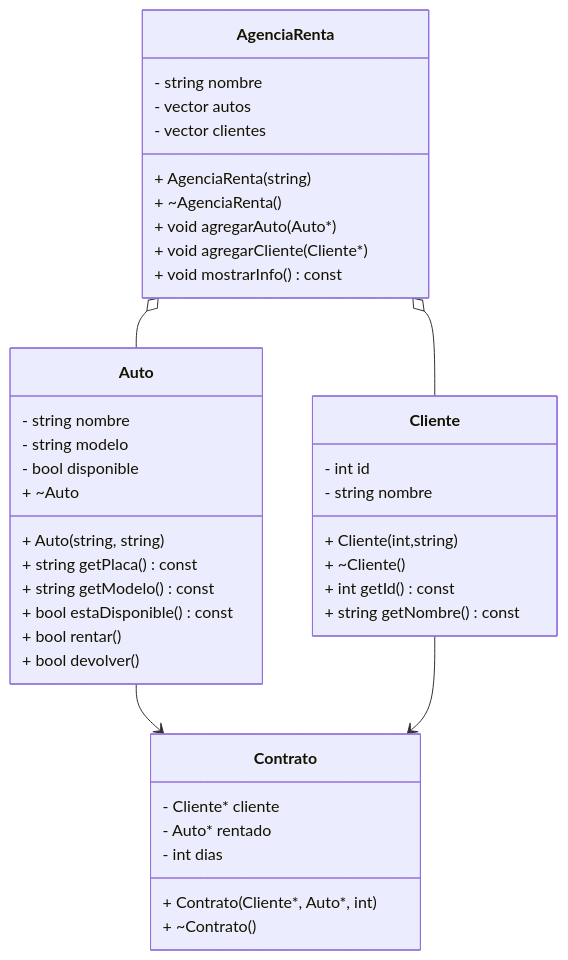
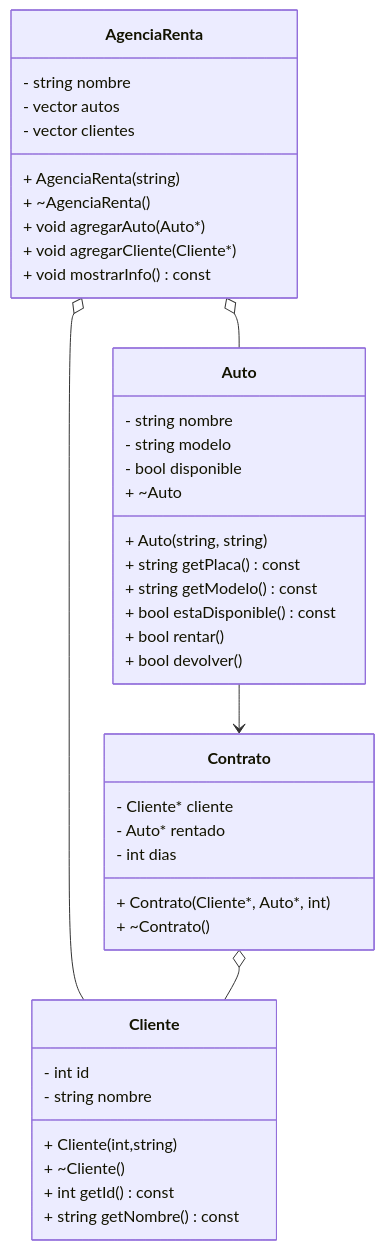
The diagram in classDiagram Program 2.md (AlejandroYuChen/Ejercicios-Asociaciones), drawn with Mermaid before and after one commit.

Commit message:
Update classDiagram Program 2.md

````diff
--- a/classDiagram Program 2.md
+++ b/classDiagram Program 2.md
@@ -1,48 +1,48 @@
 ```mermaid
 classDiagram
     class Auto {
         - string nombre
         - string modelo
         - bool disponible
         + Auto(string, string)
         + ~Auto
         + string getPlaca() const
         + string getModelo() const
         + bool estaDisponible() const
         + bool rentar()
         + bool devolver()
     }
 
     class Cliente {
         - int id
         - string nombre
         + Cliente(int,string)
         + ~Cliente() 
         + int getId() const
         + string getNombre() const
     }
 
     class Contrato {
         - Cliente* cliente
         - Auto* rentado
         - int dias
         + Contrato(Cliente*, Auto*, int)
         + ~Contrato()
     }
 
     class AgenciaRenta {
         - string nombre
         - vector<Auto*> autos
         - vector<Cliente*> clientes
         + AgenciaRenta(string)
         + ~AgenciaRenta()
         + void agregarAuto(Auto*)
         + void agregarCliente(Cliente*)
         + void mostrarInfo() const
     }
 
     AgenciaRenta o-- Auto
     AgenciaRenta o-- Cliente
     Auto --> Contrato
-    Cliente --> Contrato
+    Contrato o-- Cliente
 ```
````
